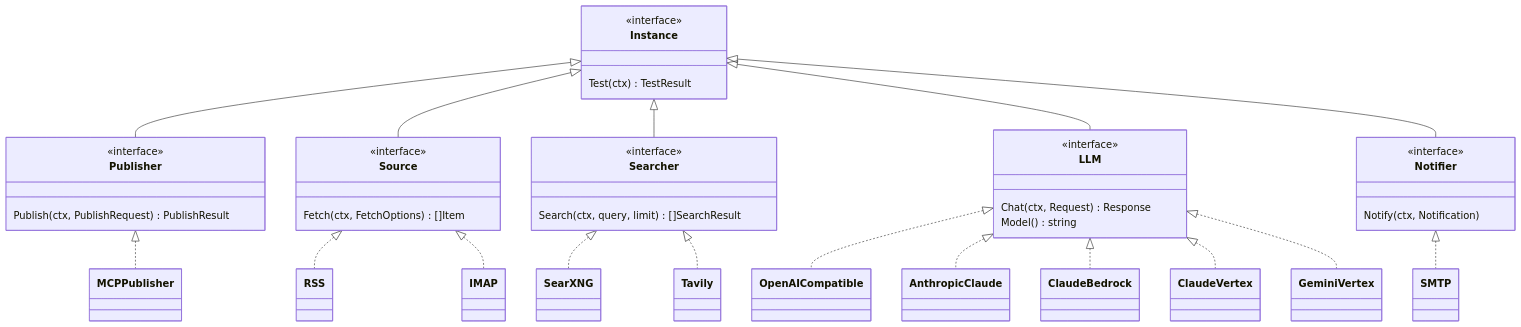
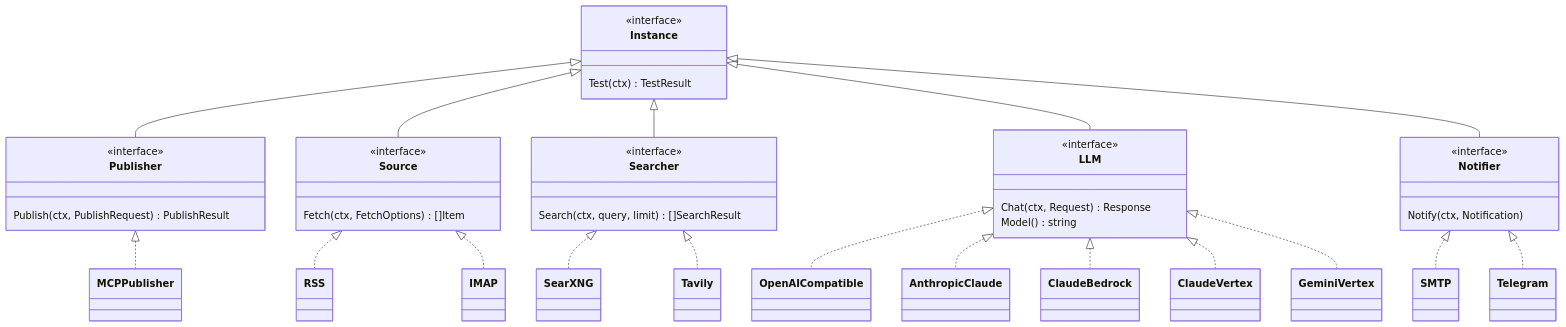
The second of 6 diagrams in docs/architecture.md (j75689/cueflow), drawn with Mermaid before and after one commit. The commit also changed other lines of this file and 21 other files, not shown here.

First line of the commit message:
feat: alert an org's notifier (Telegram or email) when a task needs a human (#69)

````diff
--- a/docs/architecture.md
+++ b/docs/architecture.md
@@ -142,44 +142,45 @@
 ```mermaid
 classDiagram
     class Instance {
         <<interface>>
         Test(ctx) TestResult
     }
     class Publisher {
         <<interface>>
         Publish(ctx, PublishRequest) PublishResult
     }
     class Source {
         <<interface>>
         Fetch(ctx, FetchOptions) []Item
     }
     class Searcher {
         <<interface>>
         Search(ctx, query, limit) []SearchResult
     }
     class LLM {
         <<interface>>
         Chat(ctx, Request) Response
         Model() string
     }
     class Notifier {
         <<interface>>
         Notify(ctx, Notification)
     }
     Instance <|-- Publisher
     Instance <|-- Source
     Instance <|-- Searcher
     Instance <|-- LLM
     Instance <|-- Notifier
     Publisher <|.. MCPPublisher
     Source <|.. RSS
     Source <|.. IMAP
     Searcher <|.. SearXNG
     Searcher <|.. Tavily
     LLM <|.. OpenAICompatible
     LLM <|.. AnthropicClaude
     LLM <|.. ClaudeBedrock
     LLM <|.. ClaudeVertex
     LLM <|.. GeminiVertex
     Notifier <|.. SMTP
+    Notifier <|.. Telegram
 ```
````
